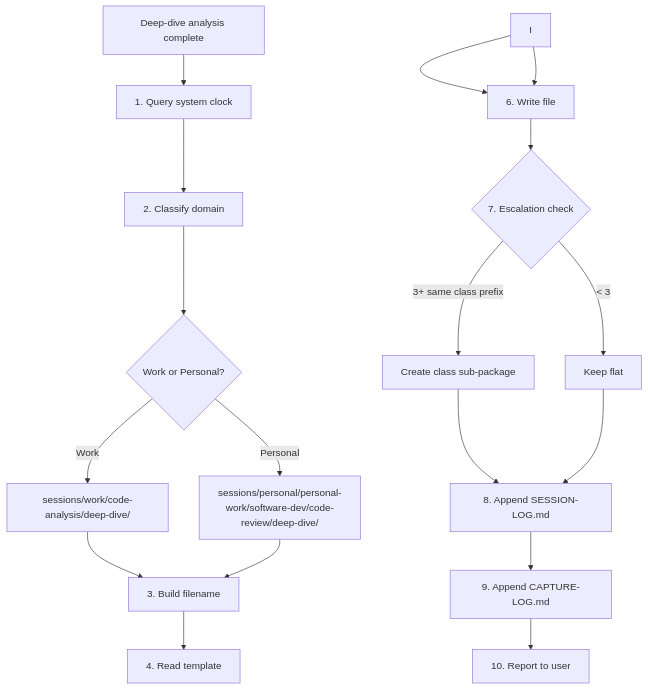
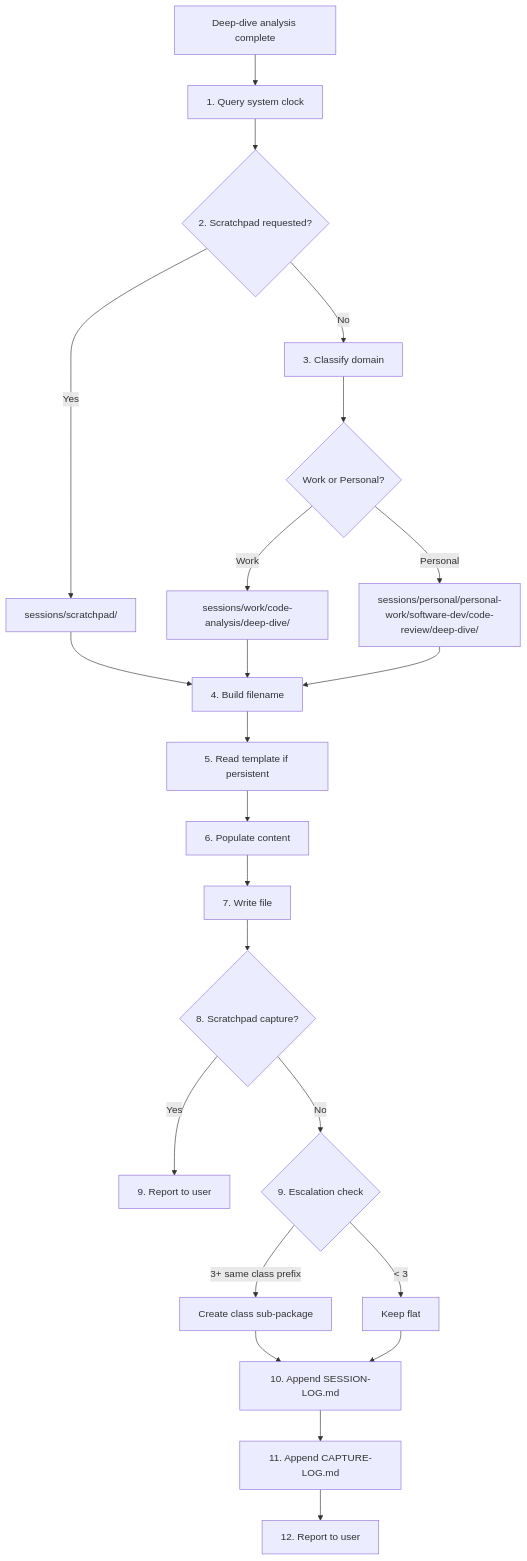
The third of 3 diagrams in .github/prompts/code/code-analysis-deep-dive.prompt.md (saharshpoddarorg/learning-assistant), drawn with Mermaid before and after one commit. The commit also changed other lines of this file and 9 other files, not shown here.

First line of the commit message:
docs(sessions): add scratchpad capture support

````diff
--- a/.github/prompts/code/code-analysis-deep-dive.prompt.md
+++ b/.github/prompts/code/code-analysis-deep-dive.prompt.md
@@ -2238,20 +2238,25 @@
 ```mermaid
 flowchart TD
     A[Deep-dive analysis complete] --> B[1. Query system clock]
-    B --> C[2. Classify domain]
-    C --> D{Work or Personal?}
-    D -->|Work| E[sessions/work/code-analysis/deep-dive/]
-    D -->|Personal| F[sessions/personal/personal-work/software-dev/code-review/deep-dive/]
-    E --> G[3. Build filename]
-    F --> G
-    G --> H[4. Read template]
-    I --> J[5. Populate frontmatter + all 4 phases]
-    I --> J[6. Write file]
-    J --> K{7. Escalation check}
-    K -->|3+ same class prefix| L[Create class sub-package]
-    K -->|< 3| M[Keep flat]
-    L --> N[8. Append SESSION-LOG.md]
-    M --> N
-    N --> O[9. Append CAPTURE-LOG.md]
-    O --> P[10. Report to user]
+  B --> C{2. Scratchpad requested?}
+  C -->|Yes| D[sessions/scratchpad/]
+  C -->|No| E[3. Classify domain]
+  E --> F{Work or Personal?}
+  F -->|Work| G[sessions/work/code-analysis/deep-dive/]
+  F -->|Personal| H[sessions/personal/personal-work/software-dev/code-review/deep-dive/]
+  D --> I[4. Build filename]
+  G --> I
+  H --> I
+  I --> J[5. Read template if persistent]
+  J --> K[6. Populate content]
+  K --> L[7. Write file]
+  L --> M{8. Scratchpad capture?}
+  M -->|Yes| N[9. Report to user]
+  M -->|No| O{9. Escalation check}
+  O -->|3+ same class prefix| P[Create class sub-package]
+  O -->|< 3| Q[Keep flat]
+  P --> R[10. Append SESSION-LOG.md]
+  Q --> R
+  R --> S[11. Append CAPTURE-LOG.md]
+  S --> T[12. Report to user]
 ```
````
